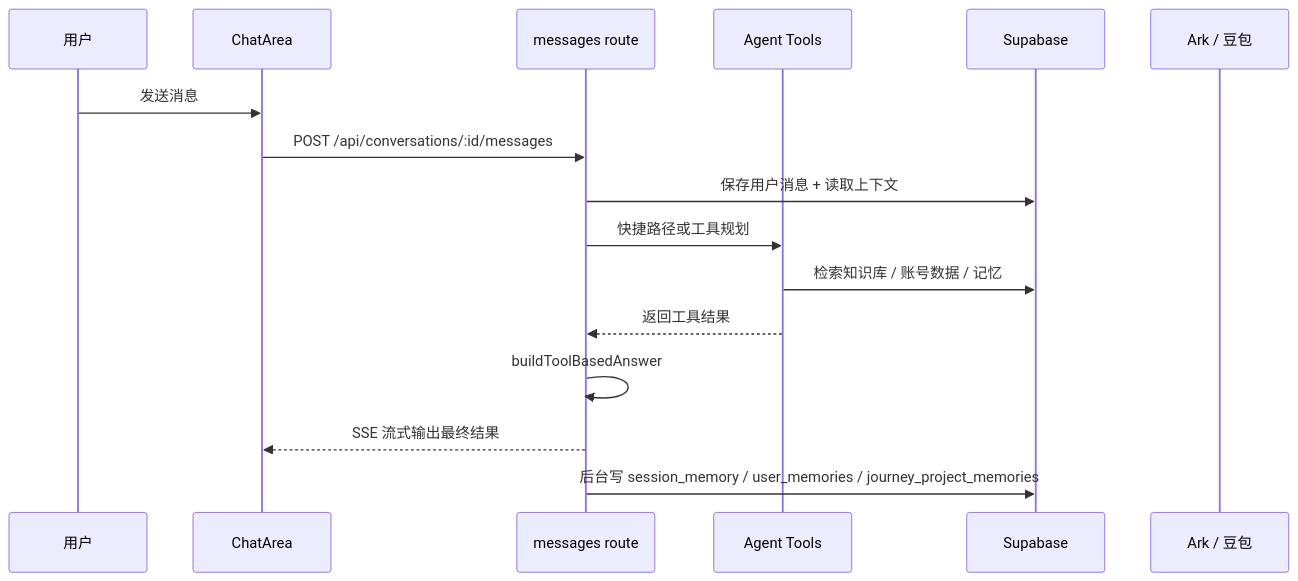
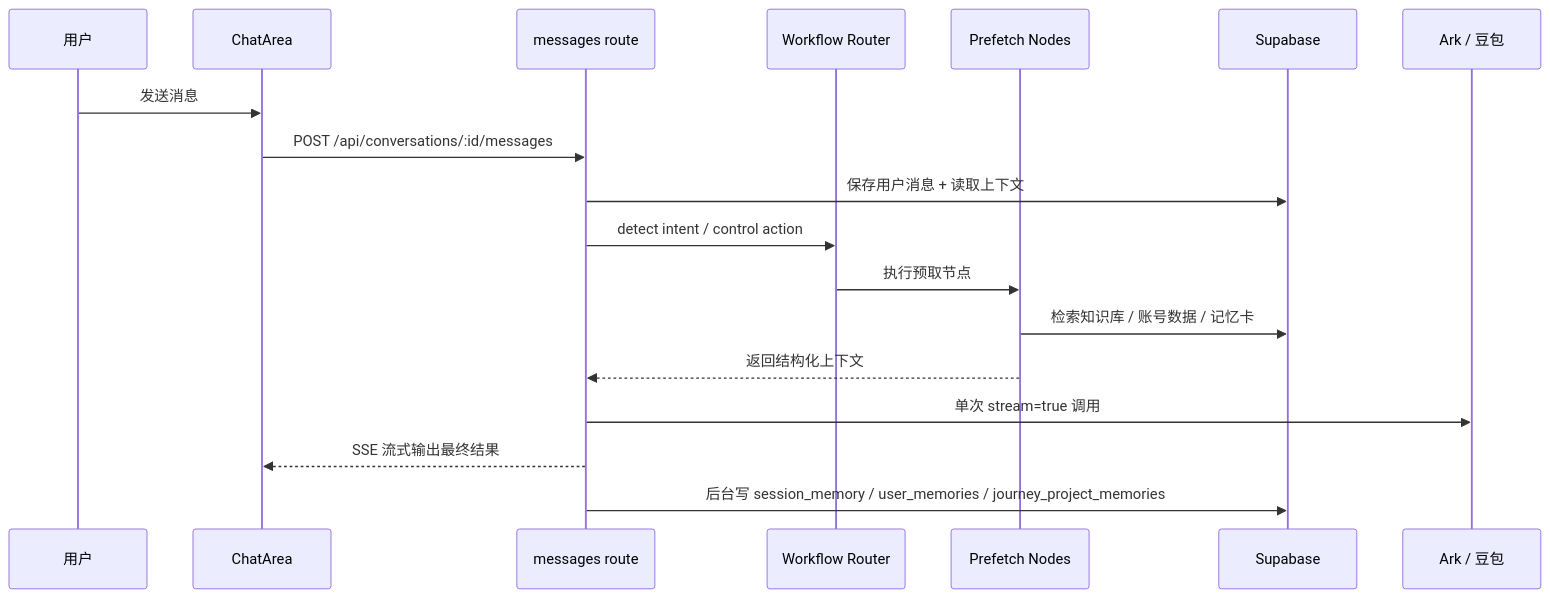
One commit to huangwenxuangod/niche changed the diagram in ARCHITECTURE.md. Above: the diagram before and after it, drawn with Mermaid. The commit also changed other lines of this file and 22 other files, not shown here.

````diff
--- a/ARCHITECTURE.md
+++ b/ARCHITECTURE.md
@@ -72,19 +75,21 @@
 ```mermaid
 sequenceDiagram
     participant U as 用户
     participant UI as ChatArea
     participant API as messages route
-    participant TOOLS as Agent Tools
+    participant WF as Workflow Router
+    participant DATA as Prefetch Nodes
     participant DB as Supabase
     participant LLM as Ark / 豆包
 
     U->>UI: 发送消息
     UI->>API: POST /api/conversations/:id/messages
     API->>DB: 保存用户消息 + 读取上下文
-    API->>TOOLS: 快捷路径或工具规划
-    TOOLS->>DB: 检索知识库 / 账号数据 / 记忆
-    TOOLS-->>API: 返回工具结果
-    API->>API: buildToolBasedAnswer
+    API->>WF: detect intent / control action
+    WF->>DATA: 执行预取节点
+    DATA->>DB: 检索知识库 / 账号数据 / 记忆卡
+    DATA-->>API: 返回结构化上下文
+    API->>LLM: 单次 stream=true 调用
     API-->>UI: SSE 流式输出最终结果
     API->>DB: 后台写 session_memory / user_memories / journey_project_memories
 ```
````
